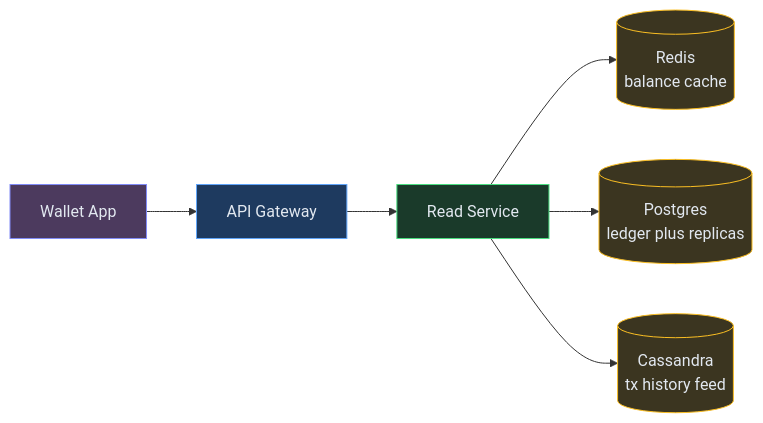
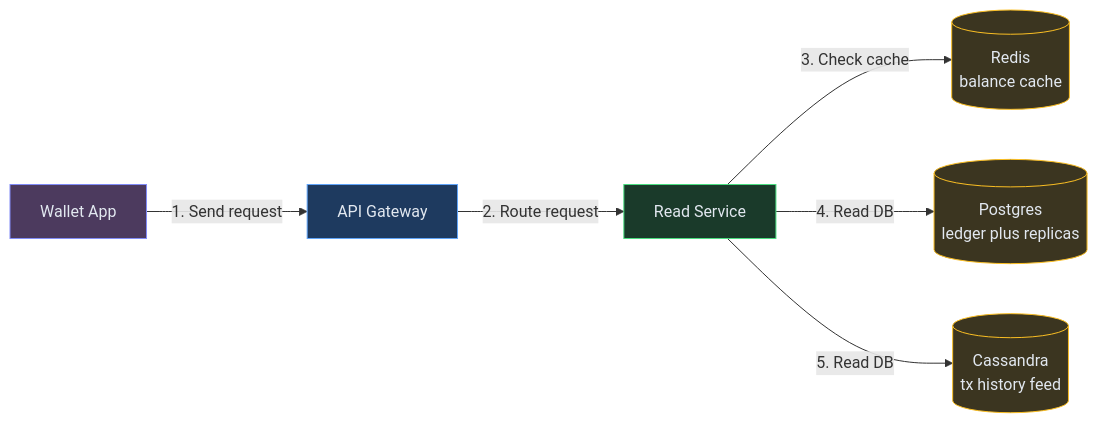
Before and after one commit to iluzn/HLD-Designs: the fifth of 10 diagrams in content/hld/DigitalWallet.md, drawn with Mermaid. The commit also changed other lines of this file and 27 other files, not shown here.

````diff
--- a/content/hld/DigitalWallet.md
+++ b/content/hld/DigitalWallet.md
@@ -376,20 +376,20 @@
 ```mermaid
 flowchart LR
     APP["Wallet App"]:::client
     GW["API Gateway"]:::edge
     READ["Read Service"]:::service
     CACHE[("Redis<br/>balance cache")]:::data
     LEDGER[("Postgres<br/>ledger plus replicas")]:::data
     HIST[("Cassandra<br/>tx history feed")]:::data
 
-    APP --> GW
-    GW --> READ
-    READ --> CACHE
-    READ --> LEDGER
-    READ --> HIST
+    APP -->|"1. Send request"| GW
+    GW -->|"2. Route request"| READ
+    READ -->|"3. Check cache"| CACHE
+    READ -->|"4. Read DB"| LEDGER
+    READ -->|"5. Read DB"| HIST
 
     classDef client fill:#4c3a5e,stroke:#818cf8,color:#e2e8f0
     classDef edge fill:#1e3a5f,stroke:#60a5fa,color:#e2e8f0
     classDef service fill:#1a3a2a,stroke:#4ade80,color:#e2e8f0
     classDef data fill:#3b3520,stroke:#fbbf24,color:#e2e8f0
 ```
````
